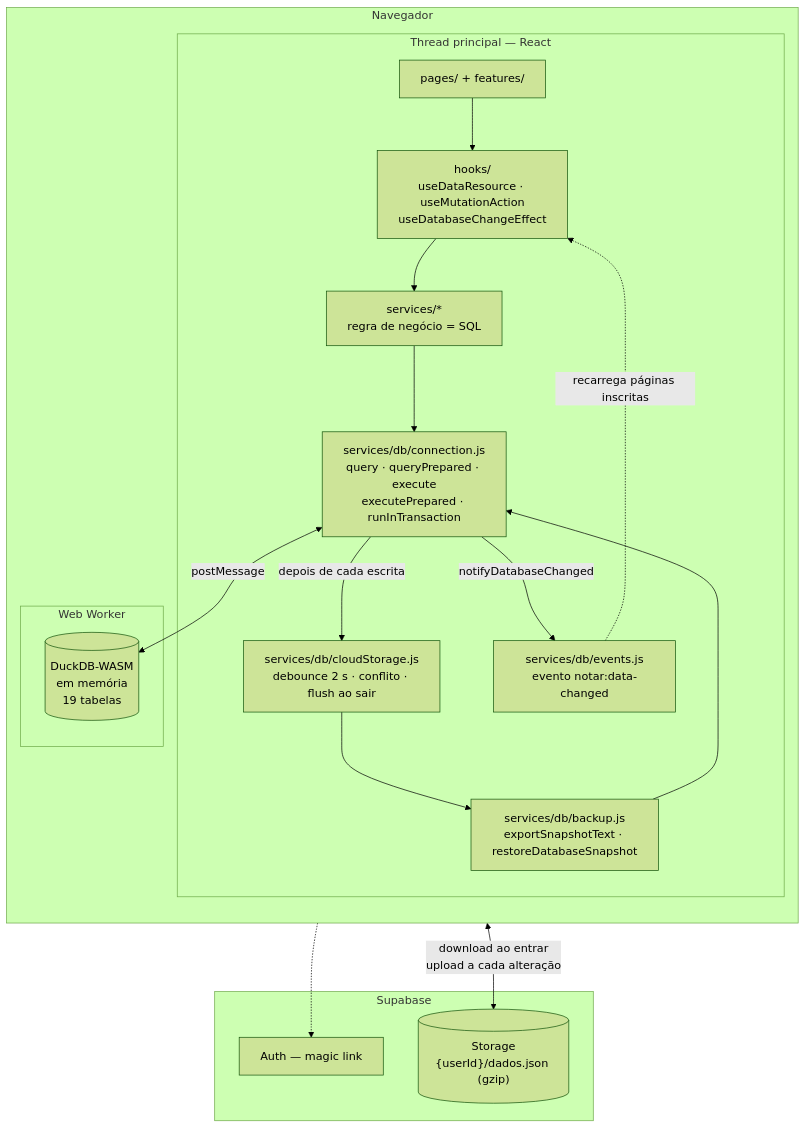
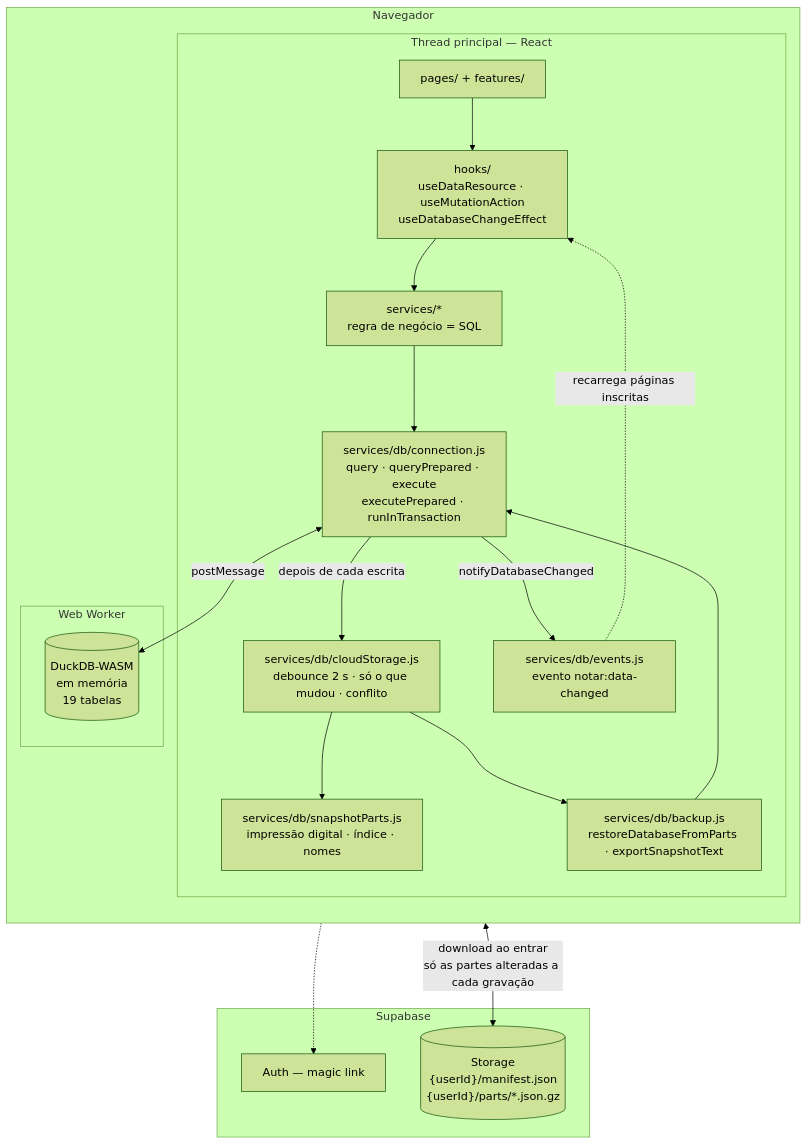
The first of 2 diagrams in CODEBASE.md (LPac1n1/Notar), drawn with Mermaid (forest theme) before and after one commit. The commit also changed other lines of this file and 2 other files, not shown here.

````diff
--- a/CODEBASE.md
+++ b/CODEBASE.md
@@ -215,32 +215,34 @@
 ```mermaid
 flowchart TB
     subgraph browser["Navegador"]
         direction TB
         subgraph ui["Thread principal — React"]
             PAGES["pages/ + features/"]
             HOOKS["hooks/<br/>useDataResource · useMutationAction<br/>useDatabaseChangeEffect"]
             SERVICES["services/*<br/>regra de negócio = SQL"]
             CONN["services/db/connection.js<br/>query · queryPrepared · execute<br/>executePrepared · runInTransaction"]
-            CLOUD["services/db/cloudStorage.js<br/>debounce 2 s · conflito · flush ao sair"]
-            BACKUP["services/db/backup.js<br/>exportSnapshotText · restoreDatabaseSnapshot"]
+            CLOUD["services/db/cloudStorage.js<br/>debounce 2 s · só o que mudou · conflito"]
+            PARTS["services/db/snapshotParts.js<br/>impressão digital · índice · nomes"]
+            BACKUP["services/db/backup.js<br/>restoreDatabaseFromParts · exportSnapshotText"]
             EVENTS["services/db/events.js<br/>evento notar:data-changed"]
         end
         subgraph worker["Web Worker"]
             DUCK[("DuckDB-WASM<br/>em memória<br/>19 tabelas")]
         end
     end
 
     subgraph supabase["Supabase"]
         AUTH["Auth — magic link"]
-        STORAGE[("Storage<br/>{userId}/dados.json (gzip)")]
+        STORAGE[("Storage<br/>{userId}/manifest.json<br/>{userId}/parts/*.json.gz")]
     end
 
     PAGES --> HOOKS --> SERVICES --> CONN
     CONN <-->|"postMessage"| DUCK
     CONN -->|"depois de cada escrita"| CLOUD
     CONN -->|"notifyDatabaseChanged"| EVENTS
     EVENTS -.->|"recarrega páginas inscritas"| HOOKS
+    CLOUD --> PARTS
     CLOUD --> BACKUP --> CONN
-    CLOUD <-->|"download ao entrar<br/>upload a cada alteração"| STORAGE
+    CLOUD <-->|"download ao entrar<br/>só as partes alteradas a cada gravação"| STORAGE
     PAGES -.-> AUTH
 ```
````
